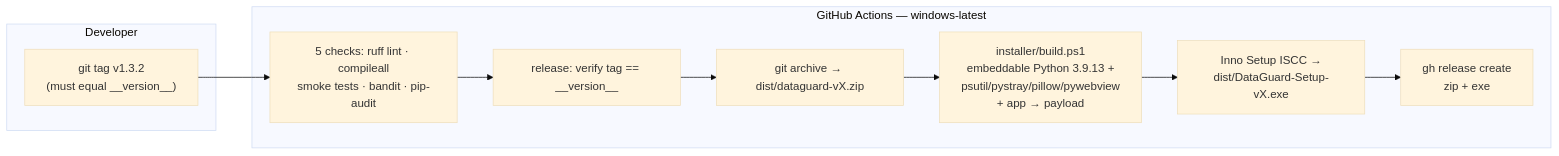
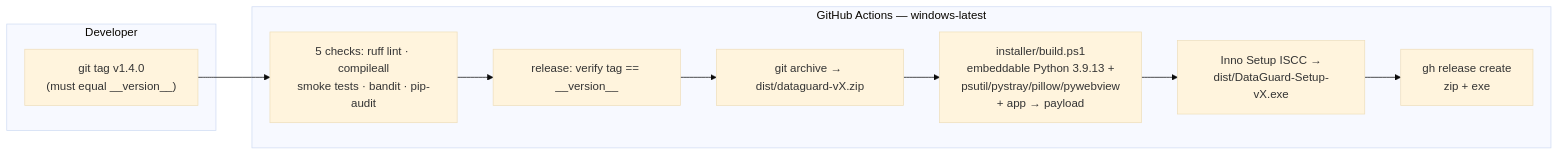
The seventh of 7 diagrams in README.md (yassine808/network-tracker), drawn with Mermaid (base theme) before and after one commit. The commit also changed other lines of this file and 3 other files, not shown here.

````diff
--- a/README.md
+++ b/README.md
@@ -499,17 +499,17 @@
 ```mermaid
 flowchart LR
     subgraph DEV["Developer"]
-        T["git tag v1.3.2<br/>(must equal __version__)"]
+        T["git tag v1.4.0<br/>(must equal __version__)"]
     end
 
     subgraph CI["GitHub Actions — windows-latest"]
         C1["5 checks: ruff lint · compileall<br/>smoke tests · bandit · pip-audit"]
         C2["release: verify tag == __version__"]
         C3["git archive → dist/dataguard-vX.zip"]
         C4["installer/build.ps1<br/>embeddable Python 3.9.13 +<br/>psutil/pystray/pillow/pywebview<br/>+ app → payload"]
         C5["Inno Setup ISCC →<br/>dist/DataGuard-Setup-vX.exe"]
         C6["gh release create<br/>zip + exe"]
     end
 
     T --> C1 --> C2 --> C3 --> C4 --> C5 --> C6
 ```
````
